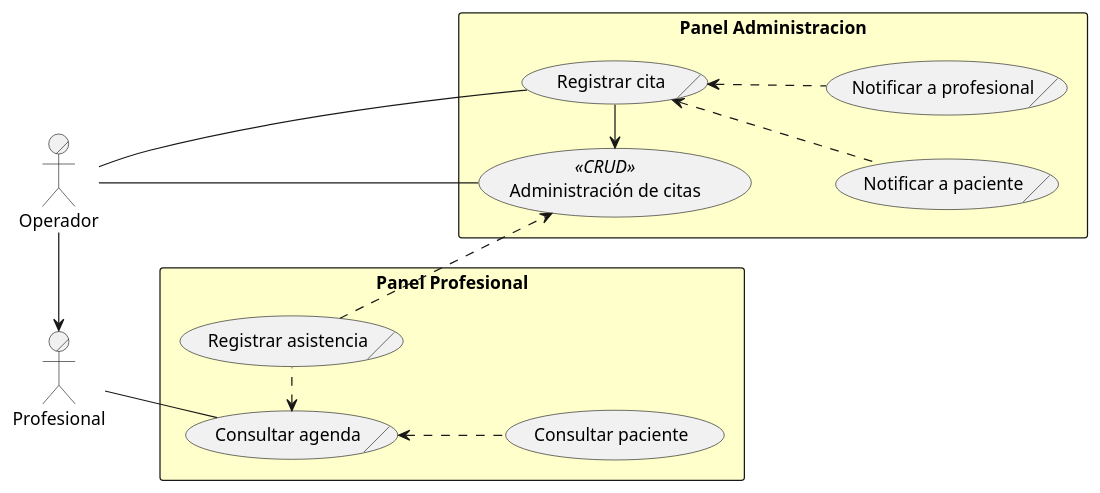
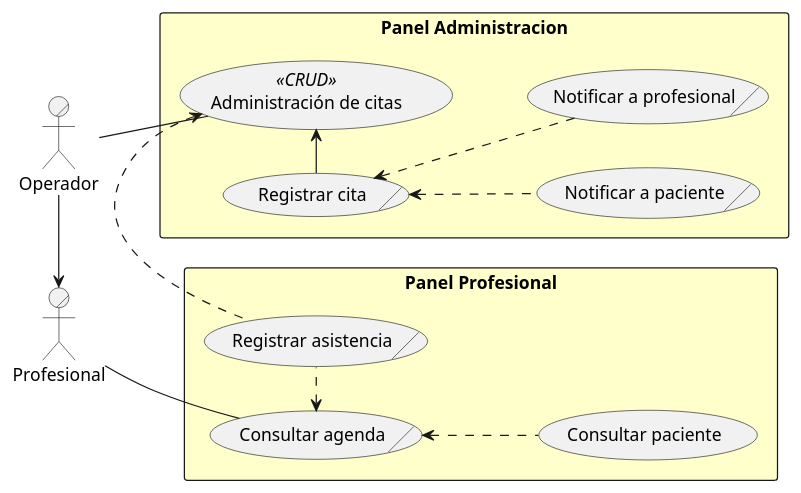
Before and after one commit to capsi-ucp/capsi-ucp.github.io: the diagram in ROOT/modules/proyecto/puml/citas-business-usecase.puml, drawn with PlantUML.

Commit message:
Caso de uso de lógica de negocio para la reserva de citas

```diff
--- a/ROOT/modules/proyecto/puml/citas-business-usecase.puml
+++ b/ROOT/modules/proyecto/puml/citas-business-usecase.puml
@@ -1,27 +1,30 @@
 @startuml
 left to right direction
 actor/ Operador
 actor/ Profesional
 
 rectangle "Panel Administracion" #BUSINESS {
     usecase "Administración de citas" as AdminCitas << CRUD >>
     usecase/ "Registrar cita" as Citar
     usecase/ "Notificar a paciente" as NotificarPaciente
     usecase/ "Notificar a profesional" as NotificarProfesional
 }
 rectangle "Panel Profesional" #BUSINESS {
     usecase/ "Consultar agenda" as Agenda
     usecase "Consultar paciente" as ConsultarPaciente
     usecase/ "Registrar asistencia" as Asistencia
 }
-Operador -- AdminCitas
-Operador -- Citar
-Profesional -- Agenda
-Operador -> Profesional
+
 Citar -> AdminCitas
 Citar <.. NotificarPaciente
 Citar <.. NotificarProfesional
+
+AdminCitas <. Asistencia
+Agenda <. Asistencia
+
 Agenda <.. ConsultarPaciente
-Agenda <. Asistencia
-Asistencia -.> AdminCitas
+
+Operador -> Profesional
+Operador -- AdminCitas
+Profesional -- Agenda
 @enduml
```
